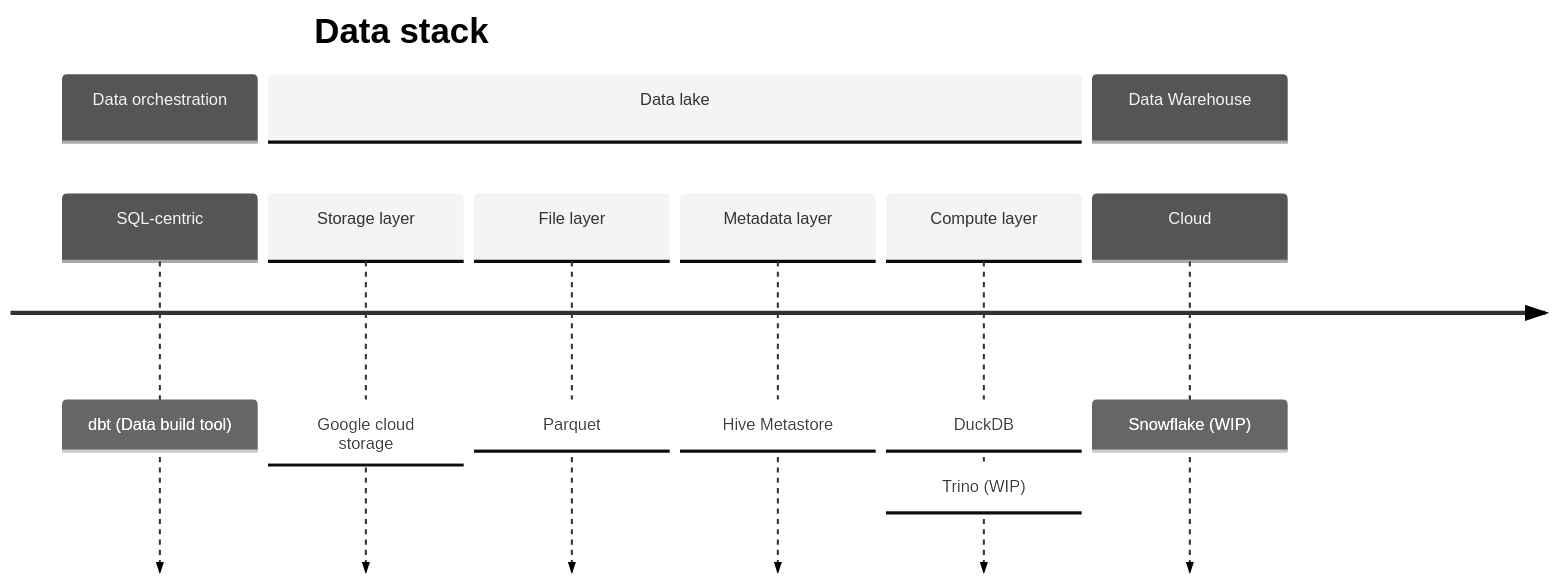
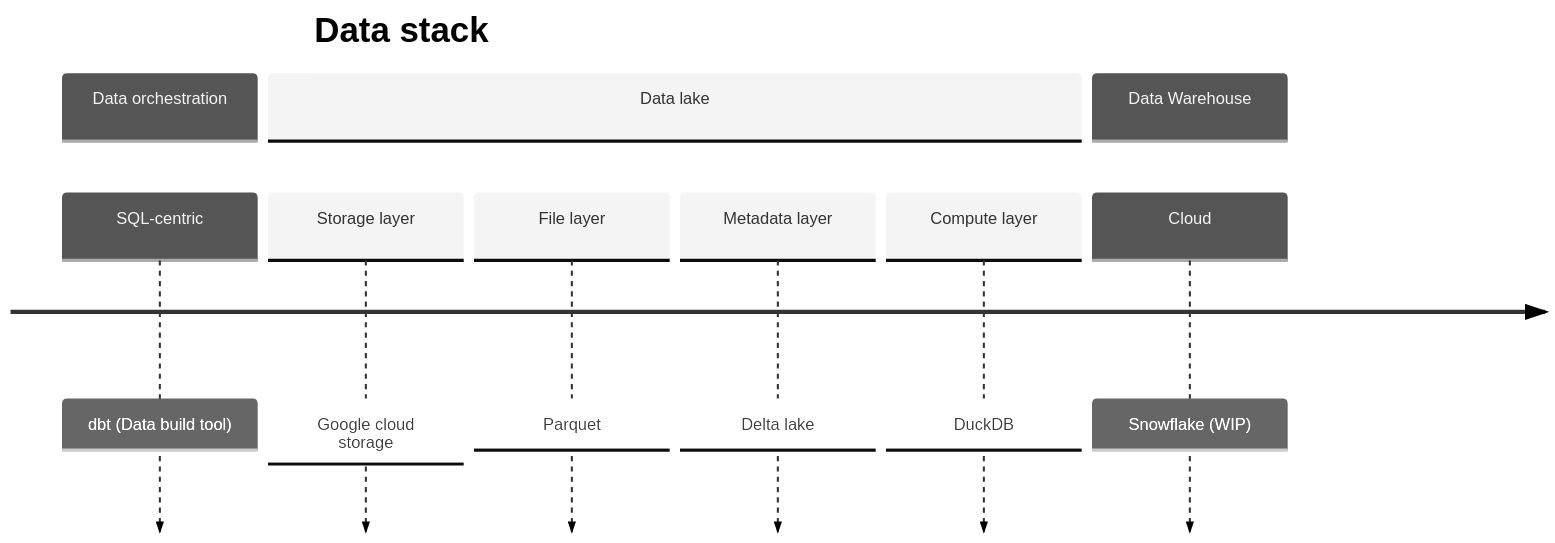
One commit to srikanthkote/trade_dbt_project changed the first of 2 diagrams in README.md. Above: the diagram before and after it, drawn with Mermaid. The commit also changed other lines of this file and 10 other files, not shown here.

````diff
--- a/README.md
+++ b/README.md
@@ -8,17 +8,17 @@
 ```mermaid
 ---
 config:
   theme: neutral
 ---
 timeline
     title Data stack
     section Data orchestration
         SQL-centric : dbt (Data build tool)
     section Data lake
         Storage layer : Google cloud storage
         File layer : Parquet
-        Metadata layer : Hive Metastore 
-        Compute layer : DuckDB : Trino (WIP)
+        Metadata layer : Delta lake 
+        Compute layer : DuckDB
     section Data Warehouse
         Cloud : Snowflake (WIP)
 ```
````
